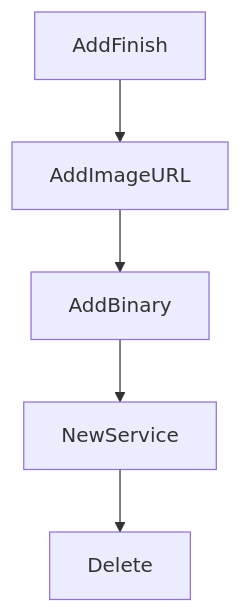
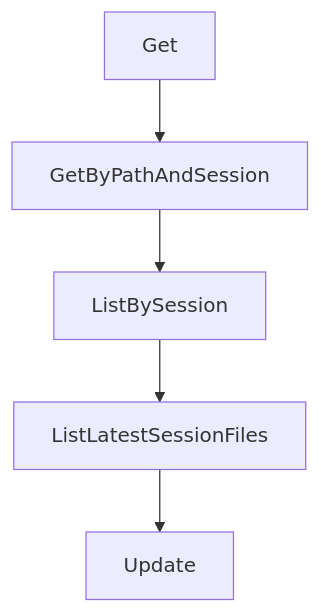
One commit to johnxie/awesome-code-docs changed the diagram in tutorials/opencode-ai-legacy-tutorial/07-migration-to-crush-and-modern-alternatives.md. Above: the diagram before and after it, drawn with Mermaid. The commit also changed other lines of this file and 1232 other files, not shown here.

````diff
--- a/tutorials/opencode-ai-legacy-tutorial/07-migration-to-crush-and-modern-alternatives.md
+++ b/tutorials/opencode-ai-legacy-tutorial/07-migration-to-crush-and-modern-alternatives.md
@@ -154,12 +211,12 @@
 ```mermaid
 flowchart TD
-    A[AddFinish]
-    B[AddImageURL]
-    C[AddBinary]
-    D[NewService]
-    E[Delete]
+    A[Get]
+    B[GetByPathAndSession]
+    C[ListBySession]
+    D[ListLatestSessionFiles]
+    E[Update]
     A --> B
     B --> C
     C --> D
     D --> E
 ```
````
